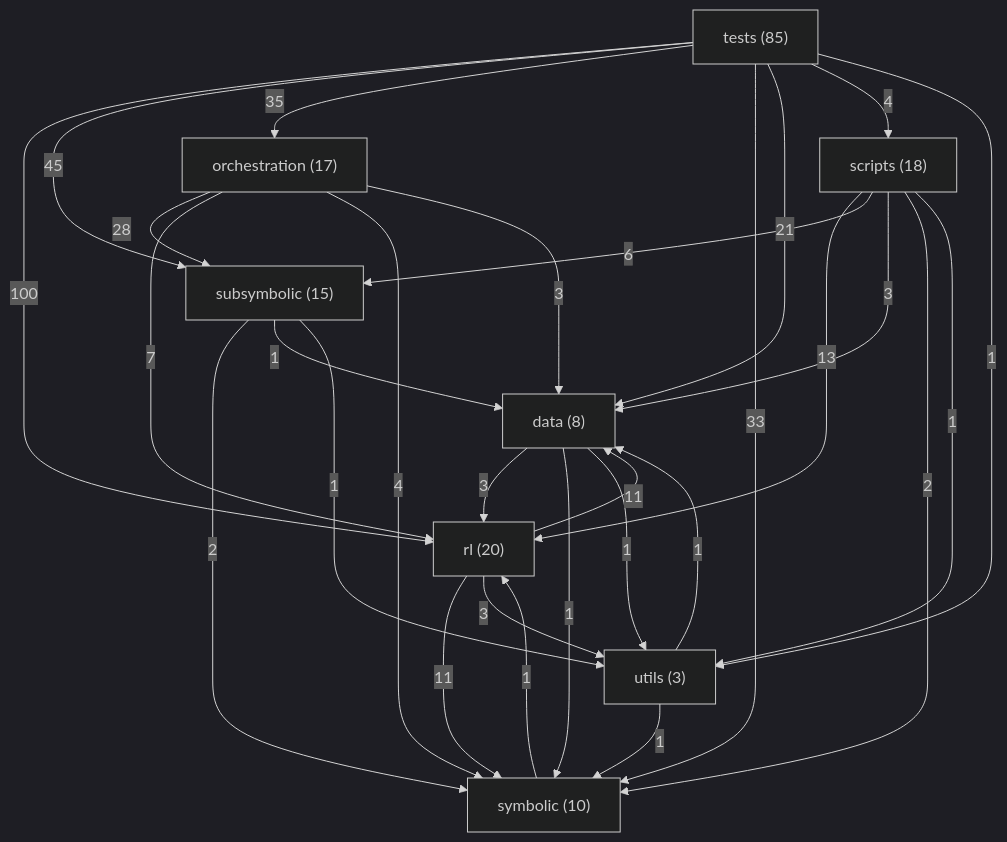
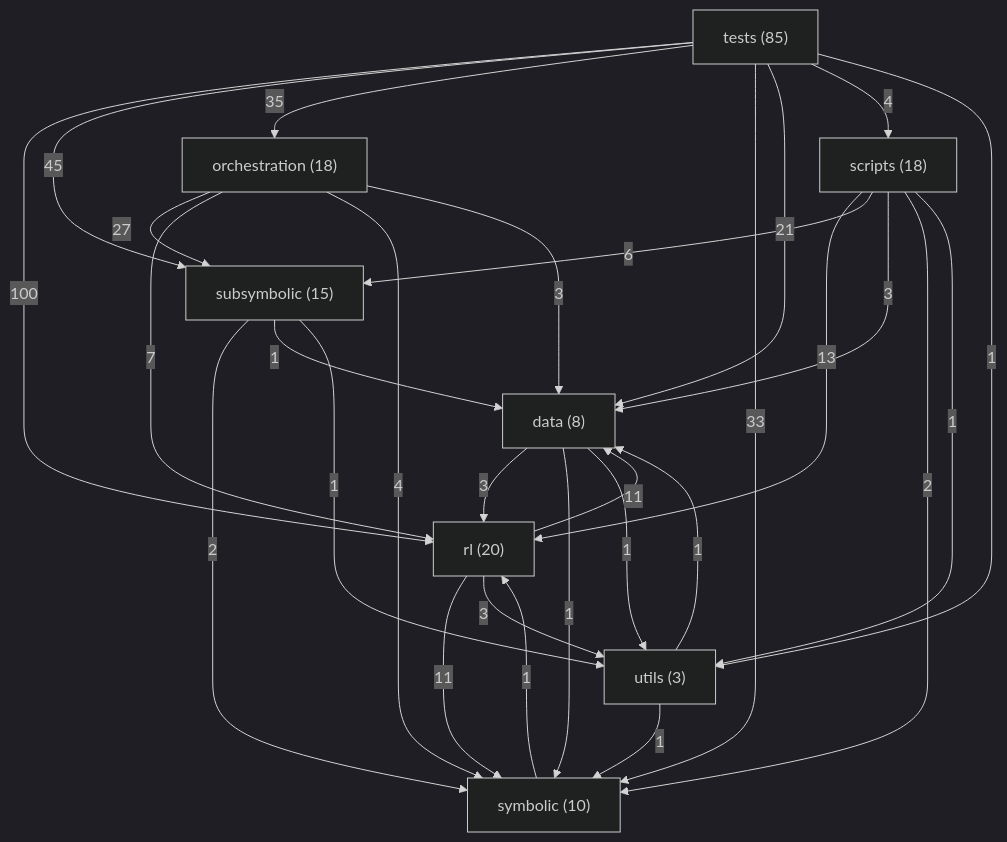
Before and after one commit to danrd/ARC-AGI: the diagram in ARCHITECTURE.md, drawn with Mermaid (dark theme). The commit also changed other lines of this file and 6 other files, not shown here.

````diff
--- a/ARCHITECTURE.md
+++ b/ARCHITECTURE.md
@@ -211,39 +211,39 @@
 ```mermaid
 graph TD
   data["data (8)"]
-  orchestration["orchestration (17)"]
+  orchestration["orchestration (18)"]
   rl["rl (20)"]
   scripts["scripts (18)"]
   subsymbolic["subsymbolic (15)"]
   symbolic["symbolic (10)"]
   tests["tests (85)"]
   utils["utils (3)"]
   tests -->|100| rl
   tests -->|45| subsymbolic
   tests -->|35| orchestration
   tests -->|33| symbolic
-  orchestration -->|28| subsymbolic
+  orchestration -->|27| subsymbolic
   tests -->|21| data
   scripts -->|13| rl
   rl -->|11| data
   rl -->|11| symbolic
   orchestration -->|7| rl
   scripts -->|6| subsymbolic
   orchestration -->|4| symbolic
   tests -->|4| scripts
   data -->|3| rl
   orchestration -->|3| data
   rl -->|3| utils
   scripts -->|3| data
   scripts -->|2| symbolic
   subsymbolic -->|2| symbolic
   data -->|1| symbolic
   data -->|1| utils
   scripts -->|1| utils
   subsymbolic -->|1| data
   subsymbolic -->|1| utils
   symbolic -->|1| rl
   tests -->|1| utils
   utils -->|1| data
   utils -->|1| symbolic
 ```
````
